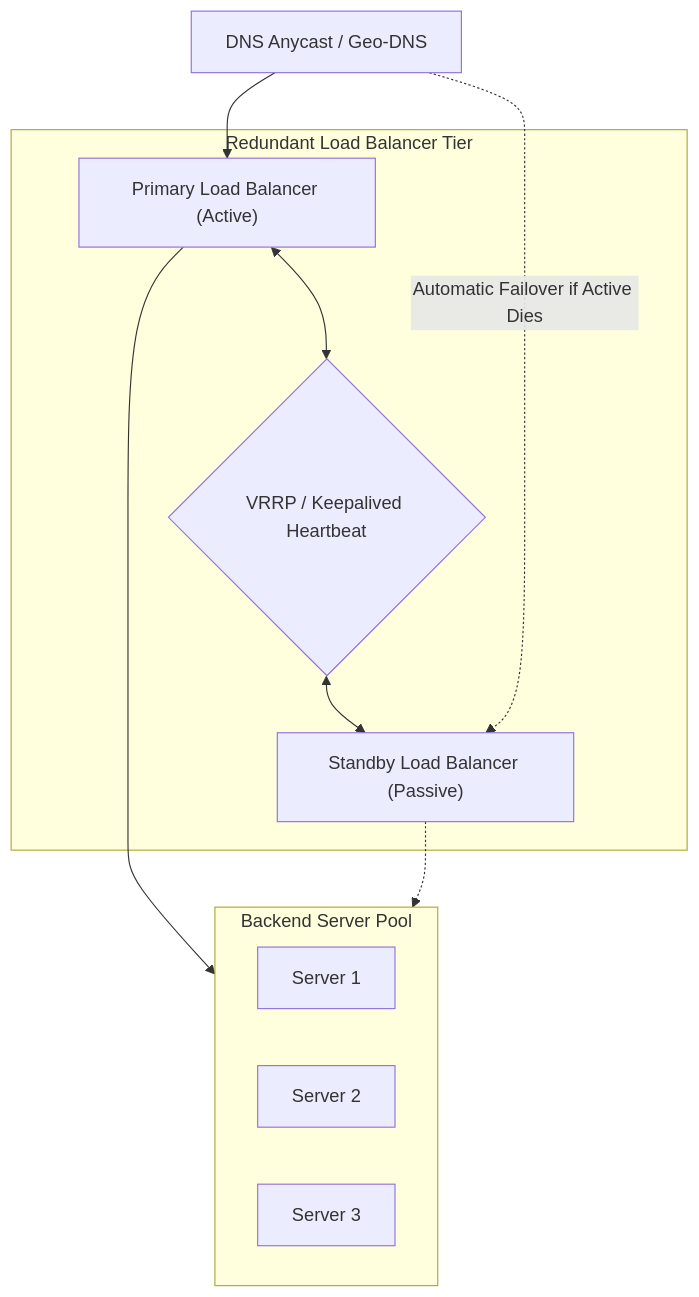
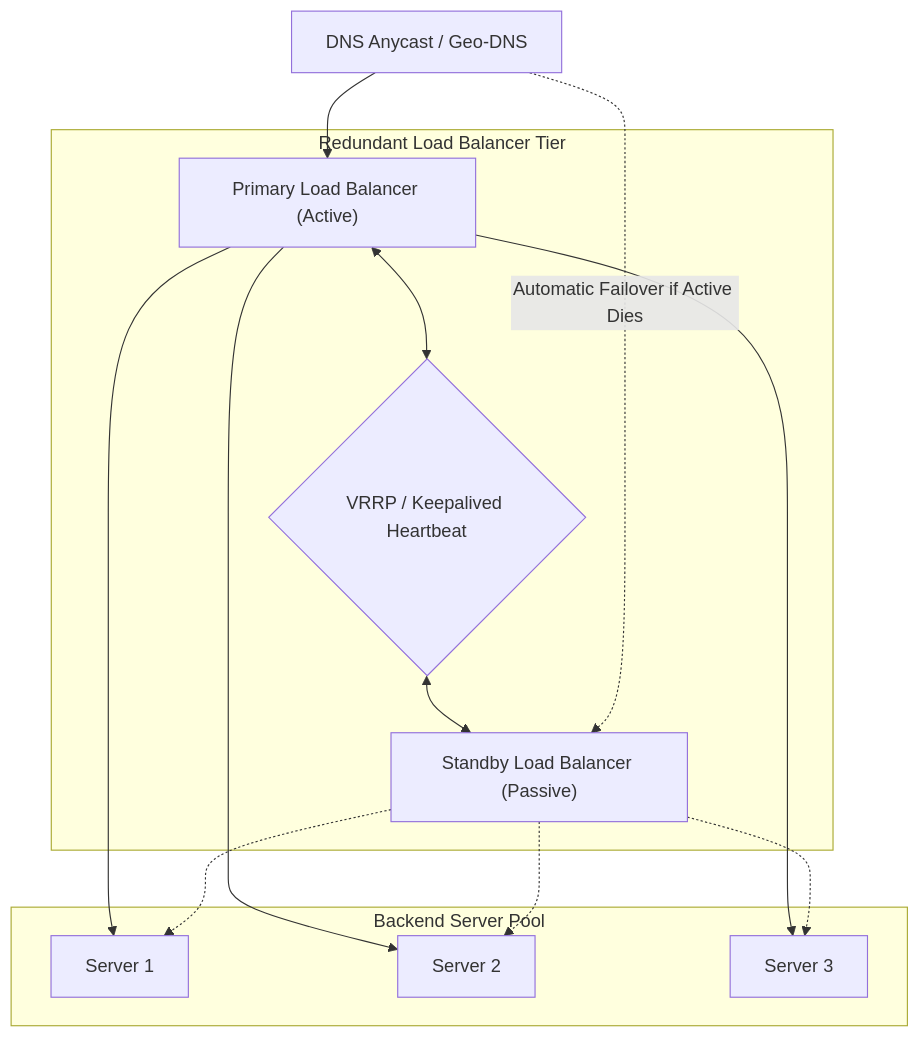
Before and after one commit to Sujalkathait/high-level-design: the third of 3 diagrams in 04-load-balancing/what-is-a-load-balancer.md, drawn with Mermaid. The commit also changed 10 other files, not shown here.

Commit message:
feat: add comprehensive server.md master guide, modular monolith doc, and fix Mermaid diagram bugs

````diff
--- a/04-load-balancing/what-is-a-load-balancer.md
+++ b/04-load-balancing/what-is-a-load-balancer.md
@@ -72,22 +72,22 @@
 ```mermaid
 flowchart TD
     DNS["DNS Anycast / Geo-DNS"]
     
     subgraph LB_Tier ["Redundant Load Balancer Tier"]
         LB1["Primary Load Balancer (Active)"]
         LB2["Standby Load Balancer (Passive)"]
         Heartbeat{VRRP / Keepalived Heartbeat}
         LB1 <--> Heartbeat <--> LB2
     end
 
     subgraph AppTier ["Backend Server Pool"]
         S1[Server 1]
         S2[Server 2]
         S3[Server 3]
     end
 
     DNS --> LB1
     DNS -.->|Automatic Failover if Active Dies| LB2
-    LB1 --> AppTier
-    LB2 -.-> AppTier
+    LB1 --> S1 & S2 & S3
+    LB2 -.-> S1 & S2 & S3
 ```
````
